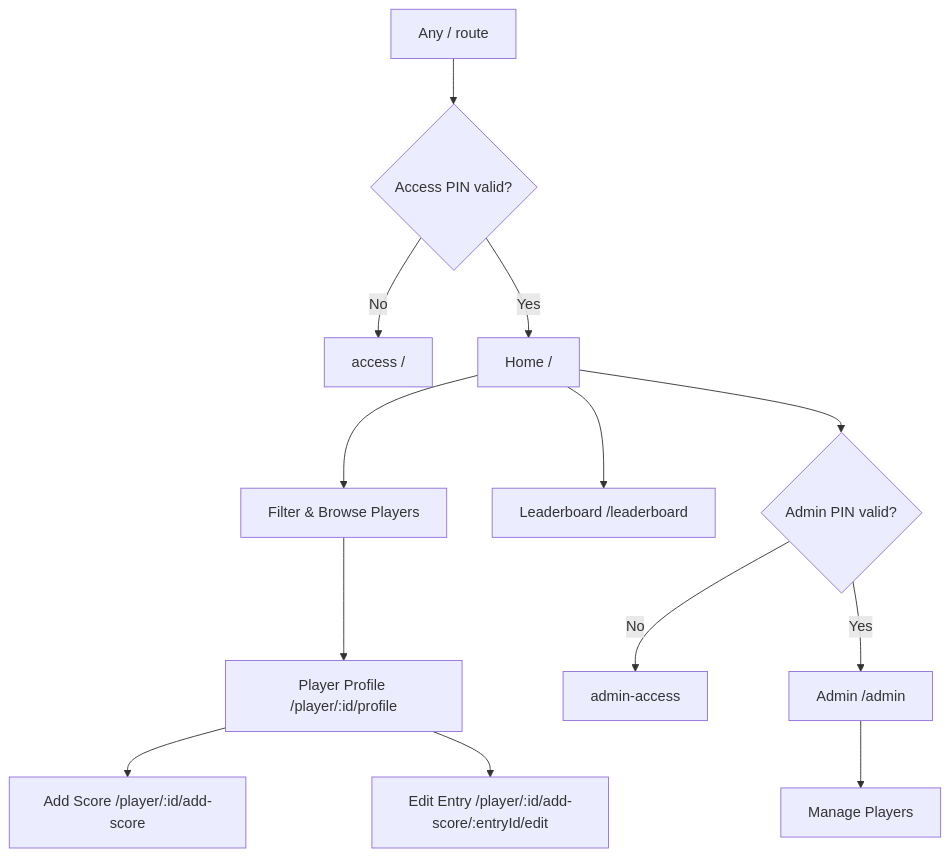
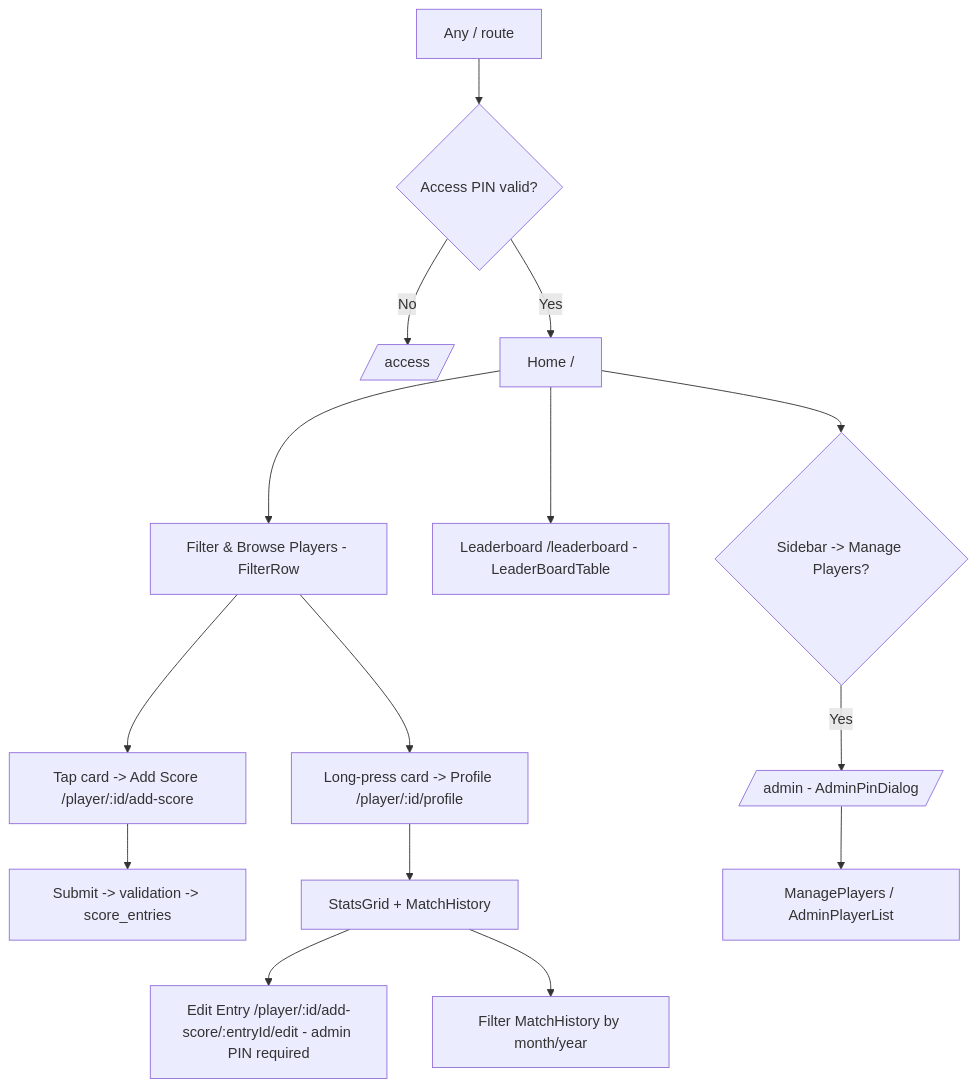
Before and after one commit to abimanyu2515/cricscore: the first of 3 diagrams in README.md, drawn with Mermaid. The commit also changed other lines of this file and 7 other files, not shown here.

Commit message:
Refactored match history component and updated README.md

````diff
--- a/README.md
+++ b/README.md
@@ -31,15 +39,17 @@
 ```mermaid
 flowchart TD
   A[Any / route] --> B{Access PIN valid?}
-  B -- No --> C[access /]
+  B -- No --> C[/access/]
   B -- Yes --> D[Home /]
-  D --> E[Filter & Browse Players]
-  E --> F[Player Profile /player/:id/profile]
-  F --> G[Add Score /player/:id/add-score]
-  F --> H[Edit Entry /player/:id/add-score/:entryId/edit]
-  D --> I[Leaderboard /leaderboard]
-  D --> J{Admin PIN valid?}
-  J -- No --> K[admin-access]
-  J -- Yes --> L[Admin /admin]
-  L --> M[Manage Players]
+  D --> E[Filter & Browse Players - FilterRow]
+  E --> F[Tap card -> Add Score /player/:id/add-score]
+  E --> G[Long-press card -> Profile /player/:id/profile]
+  F --> H[Submit -> validation -> score_entries]
+  G --> I[StatsGrid + MatchHistory]
+  I --> J[Edit Entry /player/:id/add-score/:entryId/edit - admin PIN required]
+  I --> K[Filter MatchHistory by month/year]
+  D --> L[Leaderboard /leaderboard - LeaderBoardTable]
+  D --> M{Sidebar -> Manage Players?}
+  M -- Yes --> N[/admin - AdminPinDialog/]
+  N --> O[ManagePlayers / AdminPlayerList]
 ```
````
